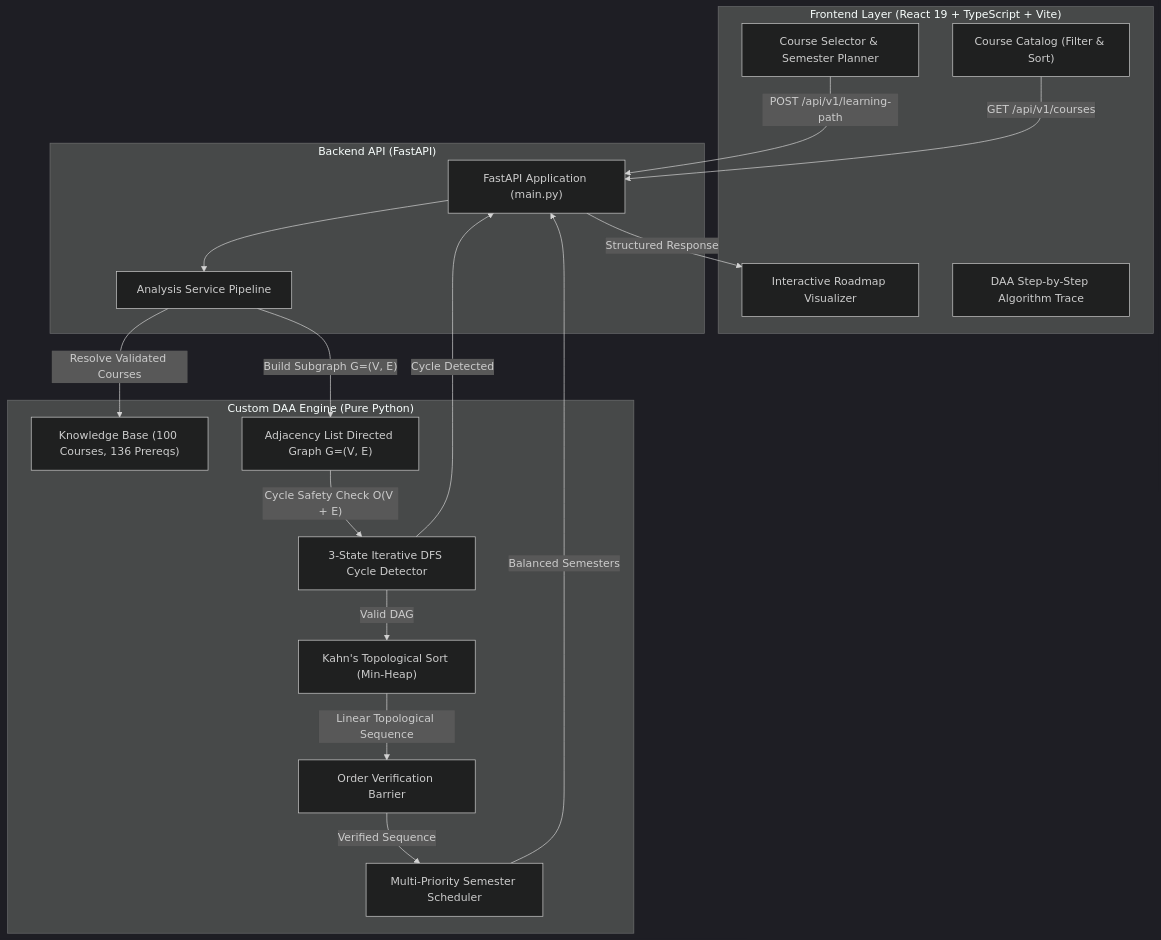
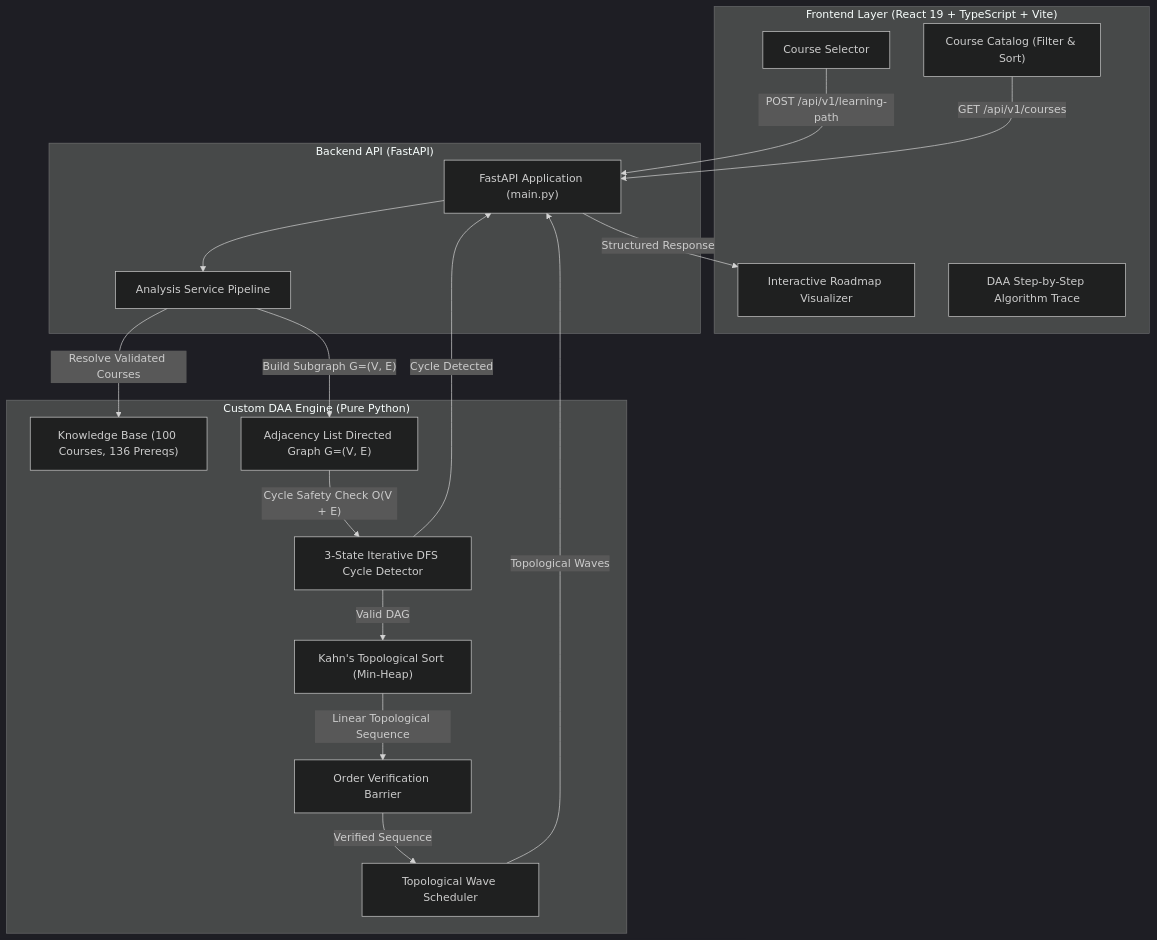
The diagram in README.md (chiragchauhan07/Pathwise_DAA_Project), drawn with Mermaid (dark theme) before and after one commit. The commit also changed other lines of this file and 7 other files, not shown here.

````diff
--- a/README.md
+++ b/README.md
@@ -72,36 +89,36 @@
 ```mermaid
 flowchart TD
     subgraph Client["Frontend Layer (React 19 + TypeScript + Vite)"]
-        UI["Course Selector & Semester Planner"]
+        UI["Course Selector"]
         RoadmapView["Interactive Roadmap Visualizer"]
         DAAView["DAA Step-by-Step Algorithm Trace"]
         CatalogView["Course Catalog (Filter & Sort)"]
     end
 
     subgraph API["Backend API (FastAPI)"]
         Router["FastAPI Application (main.py)"]
         Analysis["Analysis Service Pipeline"]
     end
 
     subgraph DAA["Custom DAA Engine (Pure Python)"]
         KB["Knowledge Base (100 Courses, 136 Prereqs)"]
         Graph["Adjacency List Directed Graph G=(V, E)"]
         Cycle["3-State Iterative DFS Cycle Detector"]
         Kahn["Kahn's Topological Sort (Min-Heap)"]
         Verifier["Order Verification Barrier"]
-        Scheduler["Multi-Priority Semester Scheduler"]
+        Scheduler["Topological Wave Scheduler"]
     end
 
     UI -->|"POST /api/v1/learning-path"| Router
     CatalogView -->|"GET /api/v1/courses"| Router
     Router --> Analysis
     Analysis -->|"Resolve Validated Courses"| KB
     Analysis -->|"Build Subgraph G=(V, E)"| Graph
     Graph -->|"Cycle Safety Check O(V + E)"| Cycle
     Cycle -->|"Valid DAG"| Kahn
     Cycle -->|"Cycle Detected"| Router
     Kahn -->|"Linear Topological Sequence"| Verifier
     Verifier -->|"Verified Sequence"| Scheduler
-    Scheduler -->|"Balanced Semesters"| Router
+    Scheduler -->|"Topological Waves"| Router
     Router -->|"Structured Response"| RoadmapView
 ```
````
